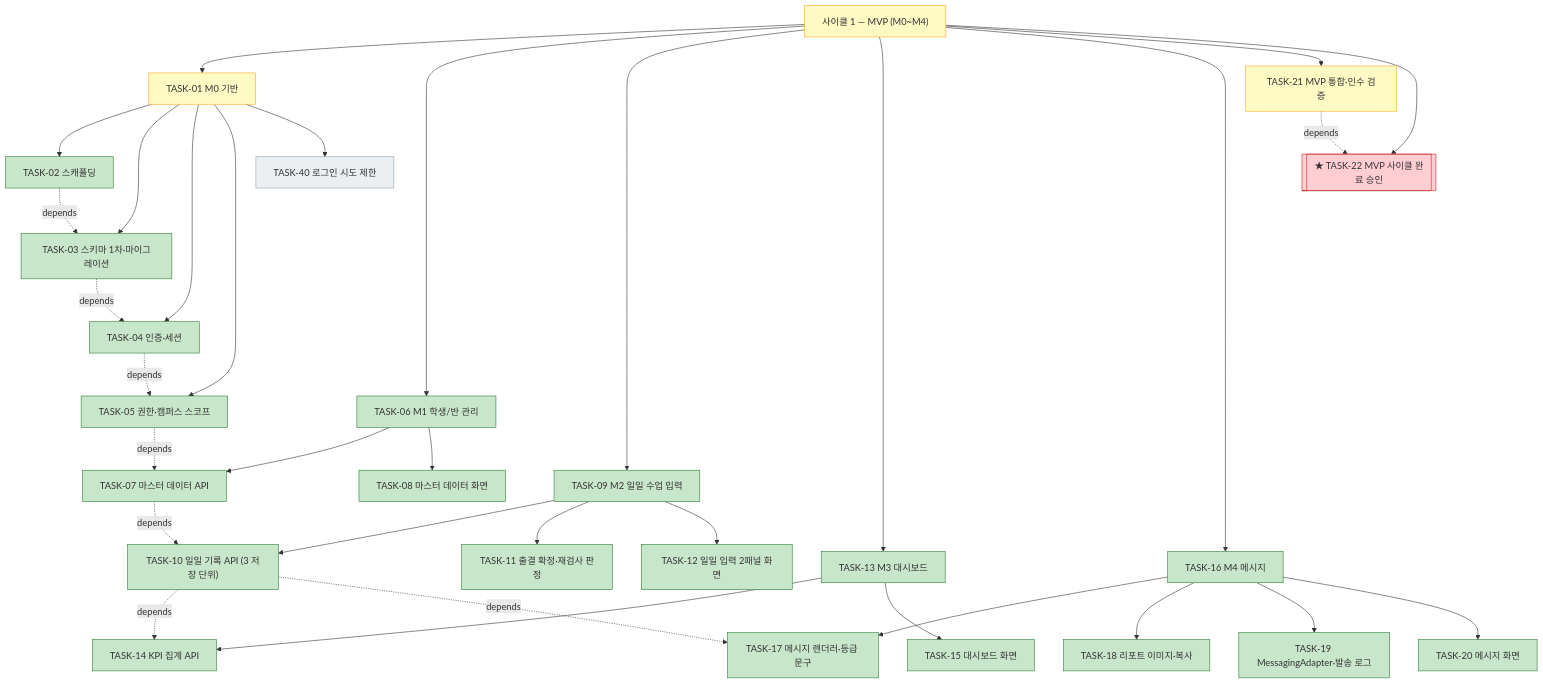
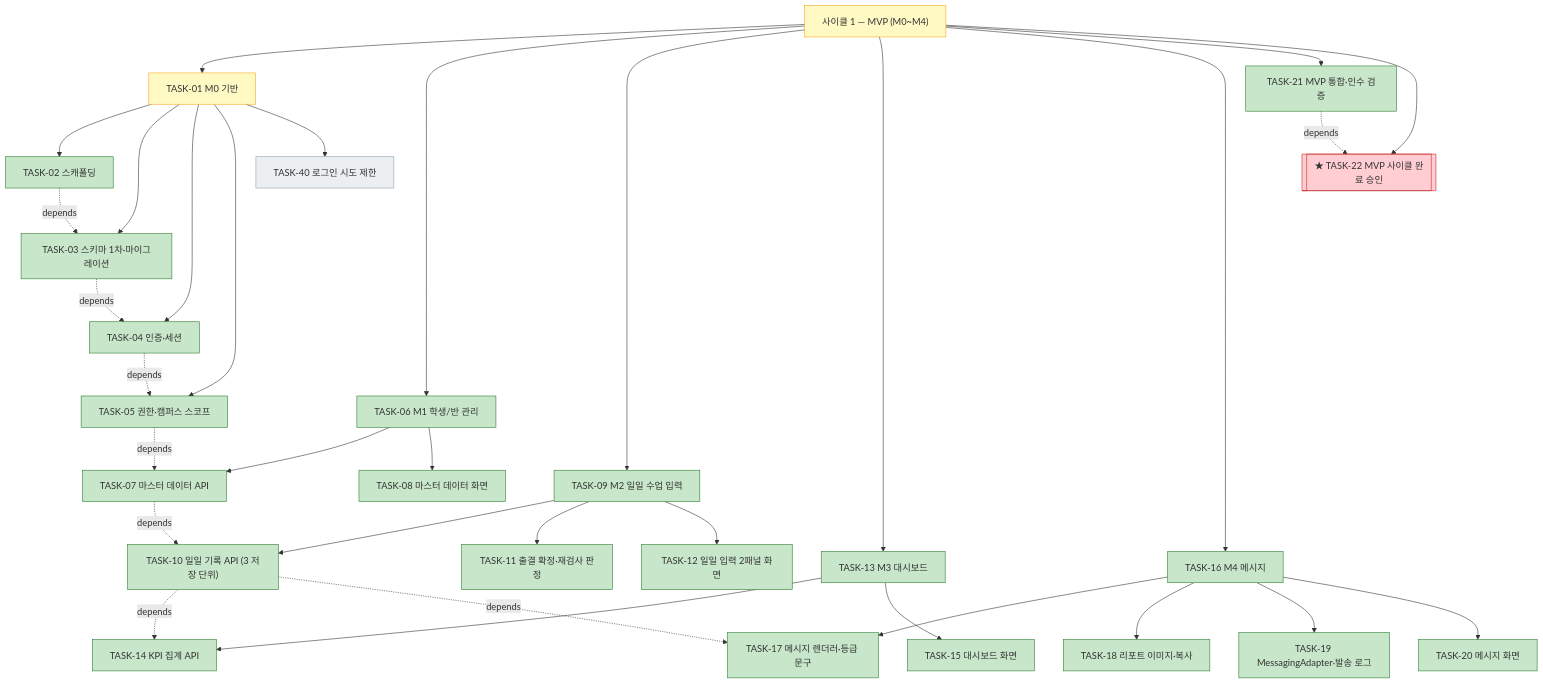
The first of 3 diagrams in docs/plan.md (bluesky5008/mathdesk), drawn with Mermaid before and after one commit. The commit also changed other lines of this file and 2 other files, not shown here.

First line of the commit message:
test: TASK-21 MVP 통합·인수 검증

````diff
--- a/docs/plan.md
+++ b/docs/plan.md
@@ -105,39 +105,39 @@
 ```mermaid
 flowchart TD
     C1["사이클 1 — MVP (M0~M4)"]:::active
     C1 --> T01["TASK-01 M0 기반"]:::active
     T01 --> T02["TASK-02 스캐폴딩"]:::done
     T01 --> T03["TASK-03 스키마 1차·마이그레이션"]:::done
     T01 --> T04["TASK-04 인증·세션"]:::done
     T01 --> T05["TASK-05 권한·캠퍼스 스코프"]:::done
     T01 --> T40["TASK-40 로그인 시도 제한"]:::todo
     C1 --> T06["TASK-06 M1 학생/반 관리"]:::done
     T06 --> T07["TASK-07 마스터 데이터 API"]:::done
     T06 --> T08["TASK-08 마스터 데이터 화면"]:::done
     C1 --> T09["TASK-09 M2 일일 수업 입력"]:::done
     T09 --> T10["TASK-10 일일 기록 API (3 저장 단위)"]:::done
     T09 --> T11["TASK-11 출결 확정·재검사 판정"]:::done
     T09 --> T12["TASK-12 일일 입력 2패널 화면"]:::done
     C1 --> T13["TASK-13 M3 대시보드"]:::done
     T13 --> T14["TASK-14 KPI 집계 API"]:::done
     T13 --> T15["TASK-15 대시보드 화면"]:::done
     C1 --> T16["TASK-16 M4 메시지"]:::done
     T16 --> T17["TASK-17 메시지 렌더러·등급 문구"]:::done
     T16 --> T18["TASK-18 리포트 이미지·복사"]:::done
     T16 --> T19["TASK-19 MessagingAdapter·발송 로그"]:::done
     T16 --> T20["TASK-20 메시지 화면"]:::done
-    C1 --> T21["TASK-21 MVP 통합·인수 검증"]:::active
+    C1 --> T21["TASK-21 MVP 통합·인수 검증"]:::done
     C1 --> T22[["★ TASK-22 MVP 사이클 완료 승인"]]:::gate
     T02 -. depends .-> T03
     T03 -. depends .-> T04
     T04 -. depends .-> T05
     T05 -. depends .-> T07
     T07 -. depends .-> T10
     T10 -. depends .-> T14
     T10 -. depends .-> T17
     T21 -. depends .-> T22
     classDef done fill:#c8e6c9,stroke:#2e7d32
     classDef active fill:#fff9c4,stroke:#f9a825
     classDef todo fill:#eceff1,stroke:#90a4ae
     classDef gate fill:#ffcdd2,stroke:#c62828
 ```
````
